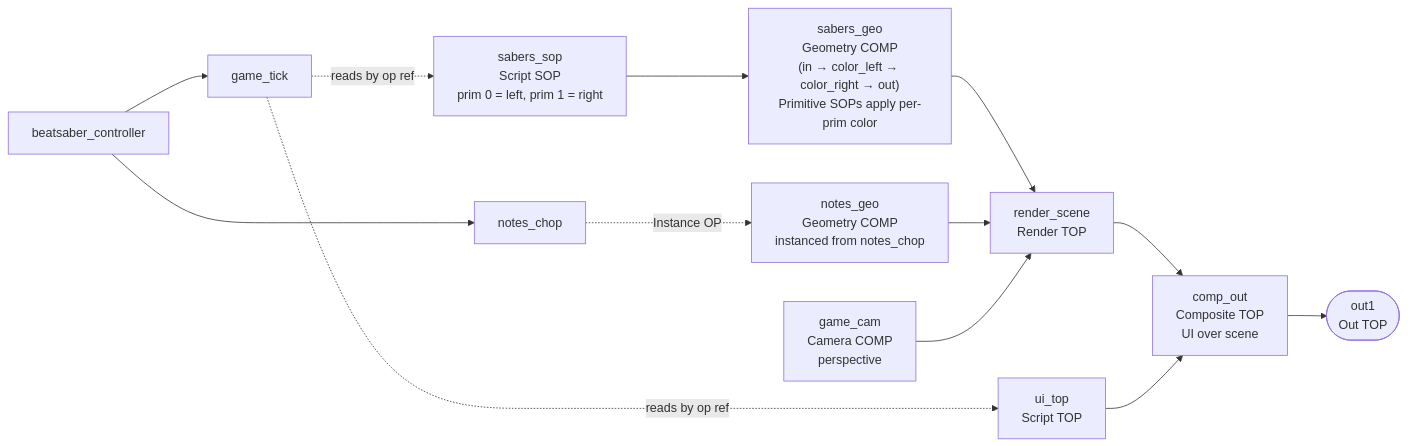
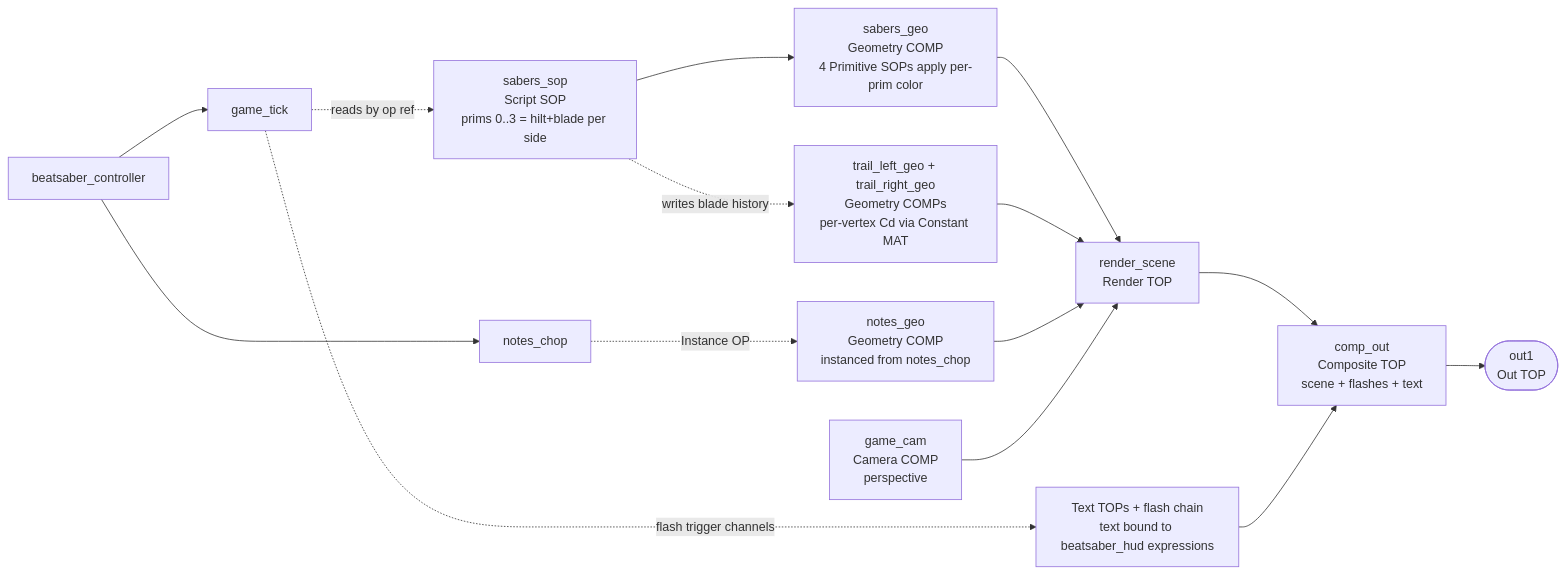
One commit to laubsauger/mediapipe_particle_base changed the diagram in beatsaber_renderer_setup.md. Above: the diagram before and after it, drawn with Mermaid. The commit also changed other lines of this file and 34 other files, not shown here.

````diff
--- a/beatsaber_renderer_setup.md
+++ b/beatsaber_renderer_setup.md
@@ -26,31 +26,34 @@
 ```mermaid
 flowchart LR
     ctrl[beatsaber_controller]
     gt[game_tick]
     nc[notes_chop]
 
-    sabers_sop[sabers_sop<br/>Script SOP<br/>prim 0 = left, prim 1 = right]
-    sabers_geo["sabers_geo<br/>Geometry COMP<br/>(in → color_left → color_right → out)<br/>Primitive SOPs apply per-prim color"]
+    sabers_sop[sabers_sop<br/>Script SOP<br/>prims 0..3 = hilt+blade per side]
+    sabers_geo["sabers_geo<br/>Geometry COMP<br/>4 Primitive SOPs apply per-prim color"]
+    trail_geos[trail_left_geo + trail_right_geo<br/>Geometry COMPs<br/>per-vertex Cd via Constant MAT]
     notes_geo[notes_geo<br/>Geometry COMP<br/>instanced from notes_chop]
     game_cam[game_cam<br/>Camera COMP<br/>perspective]
     render_scene[render_scene<br/>Render TOP]
-    ui_top[ui_top<br/>Script TOP]
-    comp_out[comp_out<br/>Composite TOP<br/>UI over scene]
+    hud[Text TOPs + flash chain<br/>text bound to beatsaber_hud expressions]
+    comp_out[comp_out<br/>Composite TOP<br/>scene + flashes + text]
     out1([out1<br/>Out TOP])
 
     ctrl --> gt
     ctrl --> nc
 
     gt -. reads by op ref .-> sabers_sop
     sabers_sop --> sabers_geo
+    sabers_sop -. writes blade history .-> trail_geos
     nc -. Instance OP .-> notes_geo
 
     sabers_geo --> render_scene
+    trail_geos --> render_scene
     notes_geo --> render_scene
     game_cam --> render_scene
 
-    gt -. reads by op ref .-> ui_top
+    gt -. flash trigger channels .-> hud
     render_scene --> comp_out
-    ui_top --> comp_out
+    hud --> comp_out
     comp_out --> out1
 ```
````
